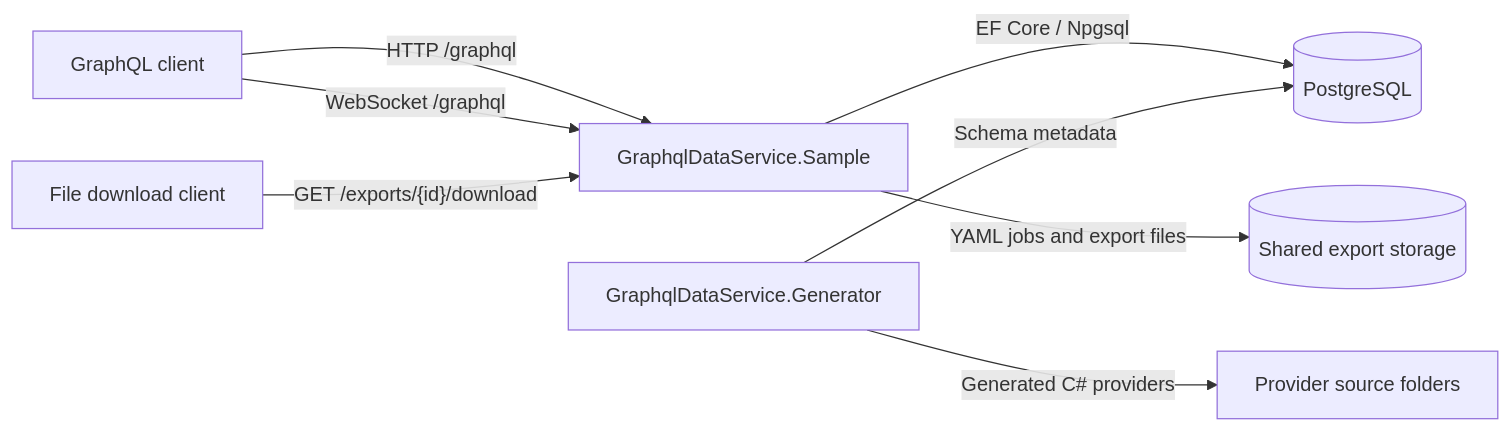
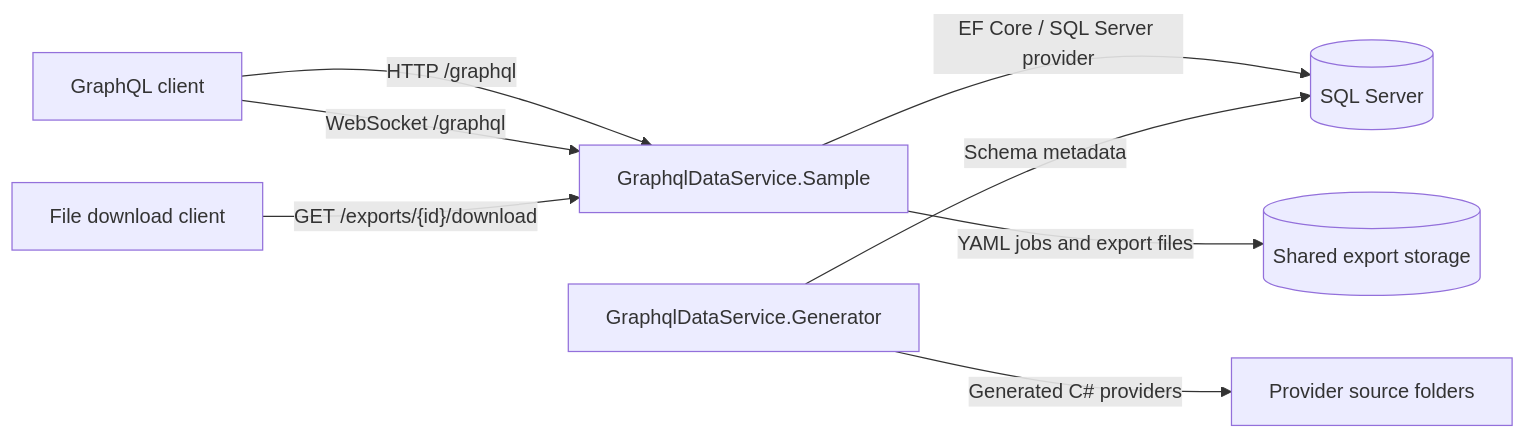
The first of 5 diagrams in docs/architecture.md (rage6c/graphql-single-entity), drawn with Mermaid before and after one commit. The commit also changed other lines of this file and 20 other files, not shown here.

Commit message:
migrate sample runtime to SQL Server

````diff
--- a/docs/architecture.md
+++ b/docs/architecture.md
@@ -11,10 +11,10 @@
 ```mermaid
 flowchart LR
     client["GraphQL client"] -->|"HTTP /graphql"| service["GraphqlDataService.Sample"]
     client -->|"WebSocket /graphql"| service
     downloader["File download client"] -->|"GET /exports/{id}/download"| service
-    service -->|"EF Core / Npgsql"| postgres[("PostgreSQL")]
+    service -->|"EF Core / SQL Server provider"| database[("SQL Server")]
     service -->|"YAML jobs and export files"| storage[("Shared export storage")]
-    generator["GraphqlDataService.Generator"] -->|"Schema metadata"| postgres
+    generator["GraphqlDataService.Generator"] -->|"Schema metadata"| database
     generator -->|"Generated C# providers"| source["Provider source folders"]
 ```
````
